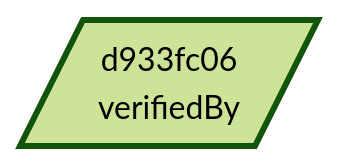
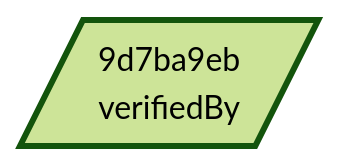
The diagram in images/mermaid/known_value_case.mermaid (BlockchainCommons/WIPs-IETF-draft-envelope), drawn with Mermaid (forest theme) before and after one commit. The commit also changed 8 other files, not shown here.

```diff
--- a/images/mermaid/known_value_case.mermaid
+++ b/images/mermaid/known_value_case.mermaid
@@ -1,3 +1,3 @@
 graph LR
-    1[/"d933fc06<br/>verifiedBy"/]
+    1[/"9d7ba9eb<br/>verifiedBy"/]
     style 1 stroke-width:3.0px
```
